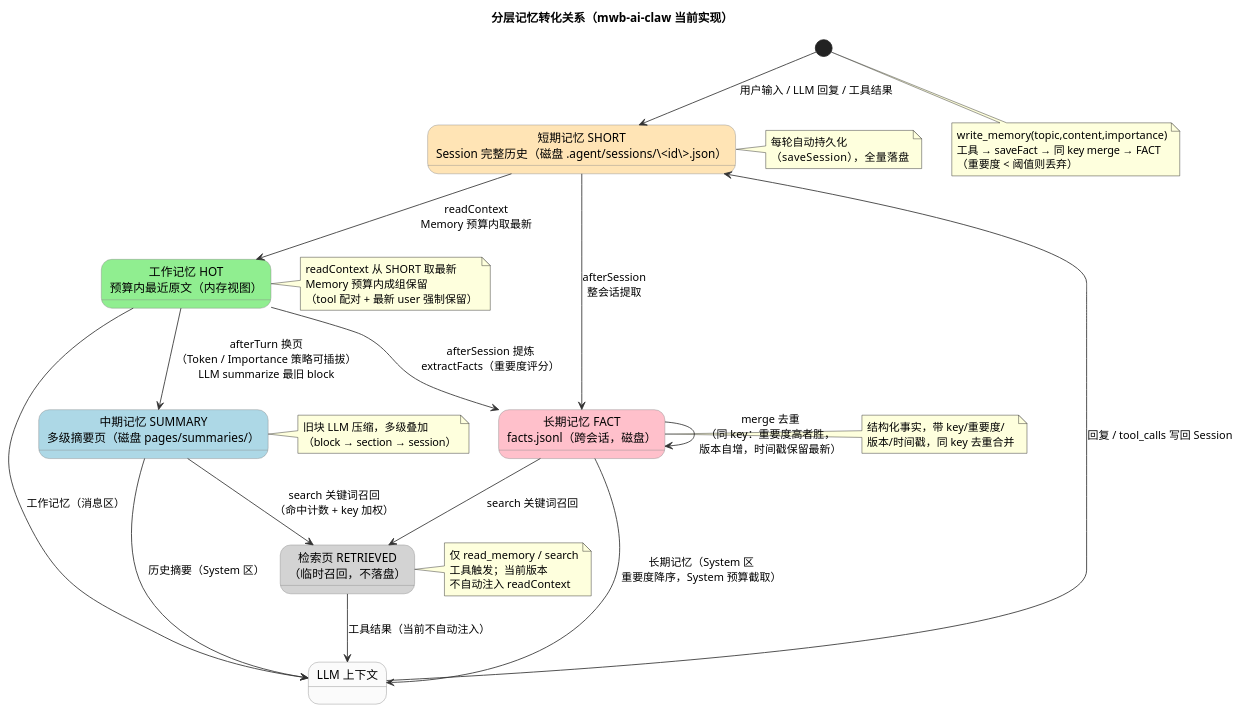
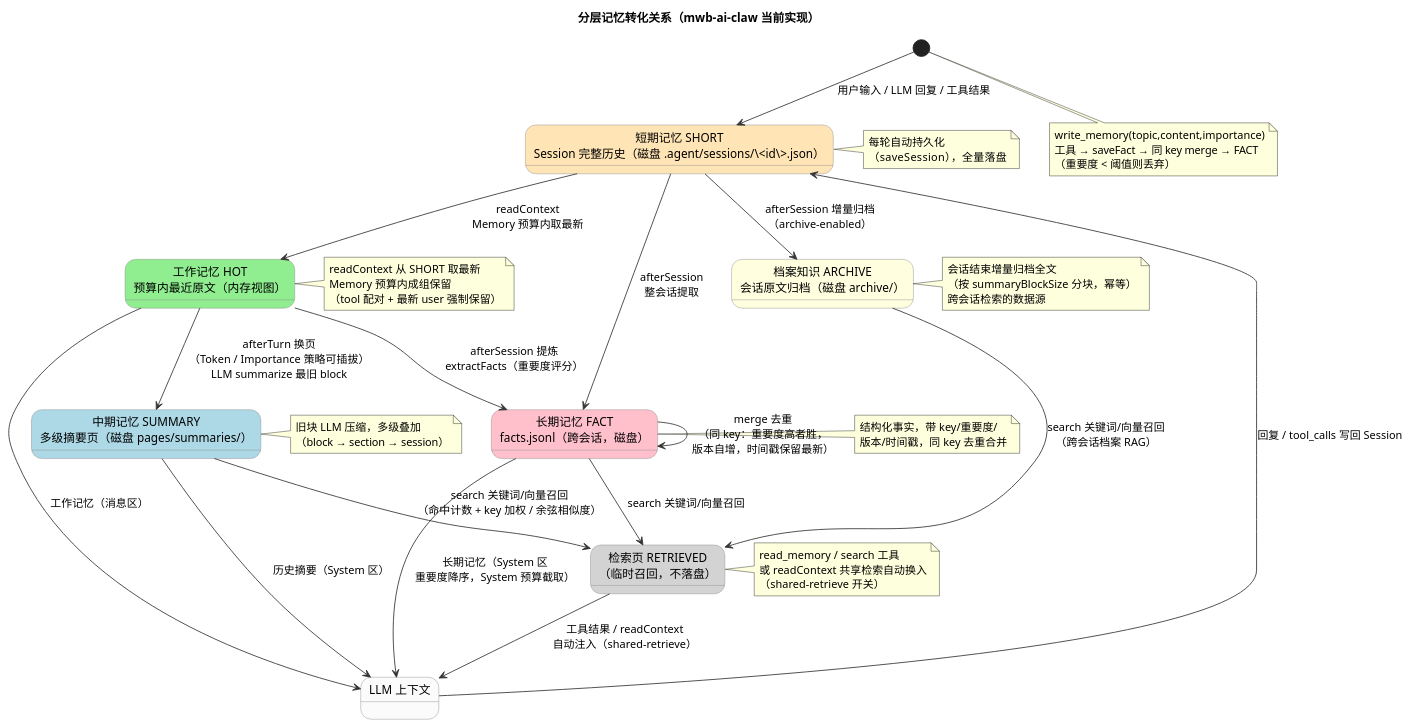
One commit to mwb1219/mwb-ai-claw changed the first of 2 diagrams in docs/feature-layered-memory技术方案.md. Above: the diagram before and after it, drawn with PlantUML. The commit also changed other lines of this file and 13 other files, not shown here.

````diff
--- a/docs/feature-layered-memory技术方案.md
+++ b/docs/feature-layered-memory技术方案.md
@@ -68,36 +68,40 @@
 ```plantuml
 @startuml
 title 分层记忆转化关系（mwb-ai-claw 当前实现）
 skinparam state {
   BackgroundColor #FBFBFB
   BorderColor #888888
   ArrowColor #333333
 }
 state "短期记忆 SHORT\nSession 完整历史（磁盘 .agent/sessions/\<id\>.json）" as SHORT #moccasin
 note right of SHORT : 每轮自动持久化\n（saveSession），全量落盘
 state "工作记忆 HOT\n预算内最近原文（内存视图）" as HOT #lightgreen
 note right of HOT : readContext 从 SHORT 取最新\nMemory 预算内成组保留\n（tool 配对 + 最新 user 强制保留）
 state "中期记忆 SUMMARY\n多级摘要页（磁盘 pages/summaries/）" as SUMMARY #lightblue
 note right of SUMMARY : 旧块 LLM 压缩，多级叠加\n（block → section → session）
 state "长期记忆 FACT\nfacts.jsonl（跨会话，磁盘）" as FACT #pink
 note right of FACT : 结构化事实，带 key/重要度/\n版本/时间戳，同 key 去重合并
+state "档案知识 ARCHIVE\n会话原文归档（磁盘 archive/）" as ARCHIVE #lightyellow
+note right of ARCHIVE : 会话结束增量归档全文\n（按 summaryBlockSize 分块，幂等）\n跨会话检索的数据源
 state "检索页 RETRIEVED\n（临时召回，不落盘）" as RETRIEVED #lightgray
-note right of RETRIEVED : 仅 read_memory / search\n工具触发；当前版本\n不自动注入 readContext
+note right of RETRIEVED : read_memory / search 工具\n或 readContext 共享检索自动换入\n（shared-retrieve 开关）
 state "LLM 上下文" as LLM
 
 [*] --> SHORT : 用户输入 / LLM 回复 / 工具结果
 SHORT --> HOT : readContext\nMemory 预算内取最新
 HOT --> LLM : 工作记忆（消息区）
 HOT --> SUMMARY : afterTurn 换页\n（Token / Importance 策略可插拔）\nLLM summarize 最旧 block
 SUMMARY --> LLM : 历史摘要（System 区）
 HOT --> FACT : afterSession 提炼\nextractFacts（重要度评分）
 SHORT --> FACT : afterSession\n整会话提取
+SHORT --> ARCHIVE : afterSession 增量归档\n（archive-enabled）
 FACT --> FACT : merge 去重\n（同 key：重要度高者胜，\n版本自增，时间戳保留最新）
 note bottom: write_memory(topic,content,importance)\n工具 → saveFact → 同 key merge → FACT\n（重要度 < 阈值则丢弃）
-SUMMARY --> RETRIEVED : search 关键词召回\n（命中计数 + key 加权）
-FACT --> RETRIEVED : search 关键词召回
-RETRIEVED --> LLM : 工具结果（当前不自动注入）
+SUMMARY --> RETRIEVED : search 关键词/向量召回\n（命中计数 + key 加权 / 余弦相似度）
+FACT --> RETRIEVED : search 关键词/向量召回
+ARCHIVE --> RETRIEVED : search 关键词/向量召回\n（跨会话档案 RAG）
+RETRIEVED --> LLM : 工具结果 / readContext\n自动注入（shared-retrieve）
 FACT --> LLM : 长期记忆（System 区\n重要度降序，System 预算截取）
 LLM --> SHORT : 回复 / tool_calls 写回 Session
 @enduml
 ```
````
